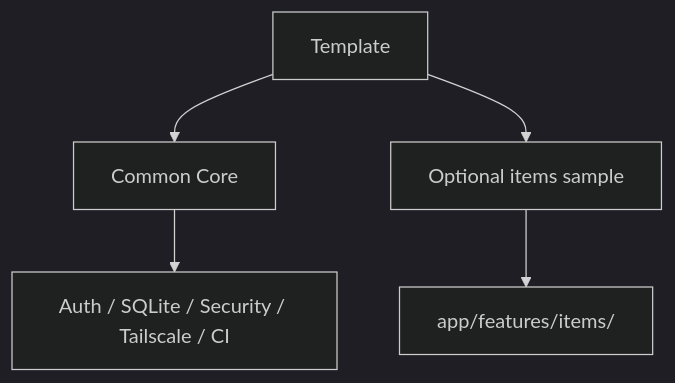
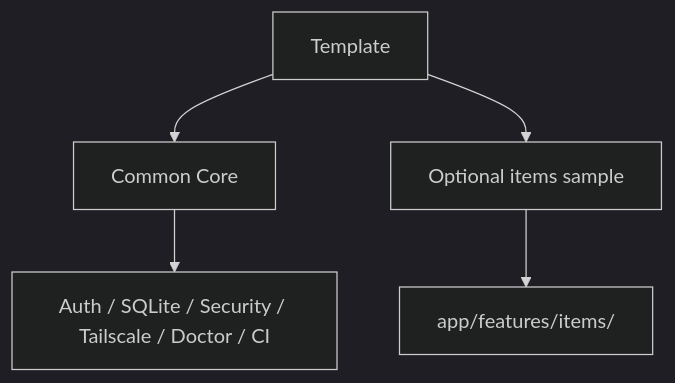
Before and after one commit to k-systems202208/python-sqlite-tailscale-webapp-template: the second of 4 diagrams in GETTING-STARTED.md, drawn with Mermaid (dark theme). The commit also changed other lines of this file and 10 other files, not shown here.

````diff
--- a/GETTING-STARTED.md
+++ b/GETTING-STARTED.md
@@ -155,7 +178,7 @@
 ```mermaid
 flowchart TD
     T["Template"] --> C["Common Core"]
     T --> S["Optional items sample"]
-    C --> C1["Auth / SQLite / Security / Tailscale / CI"]
+    C --> C1["Auth / SQLite / Security / Tailscale / Doctor / CI"]
     S --> S1["app/features/items/"]
 ```
````
